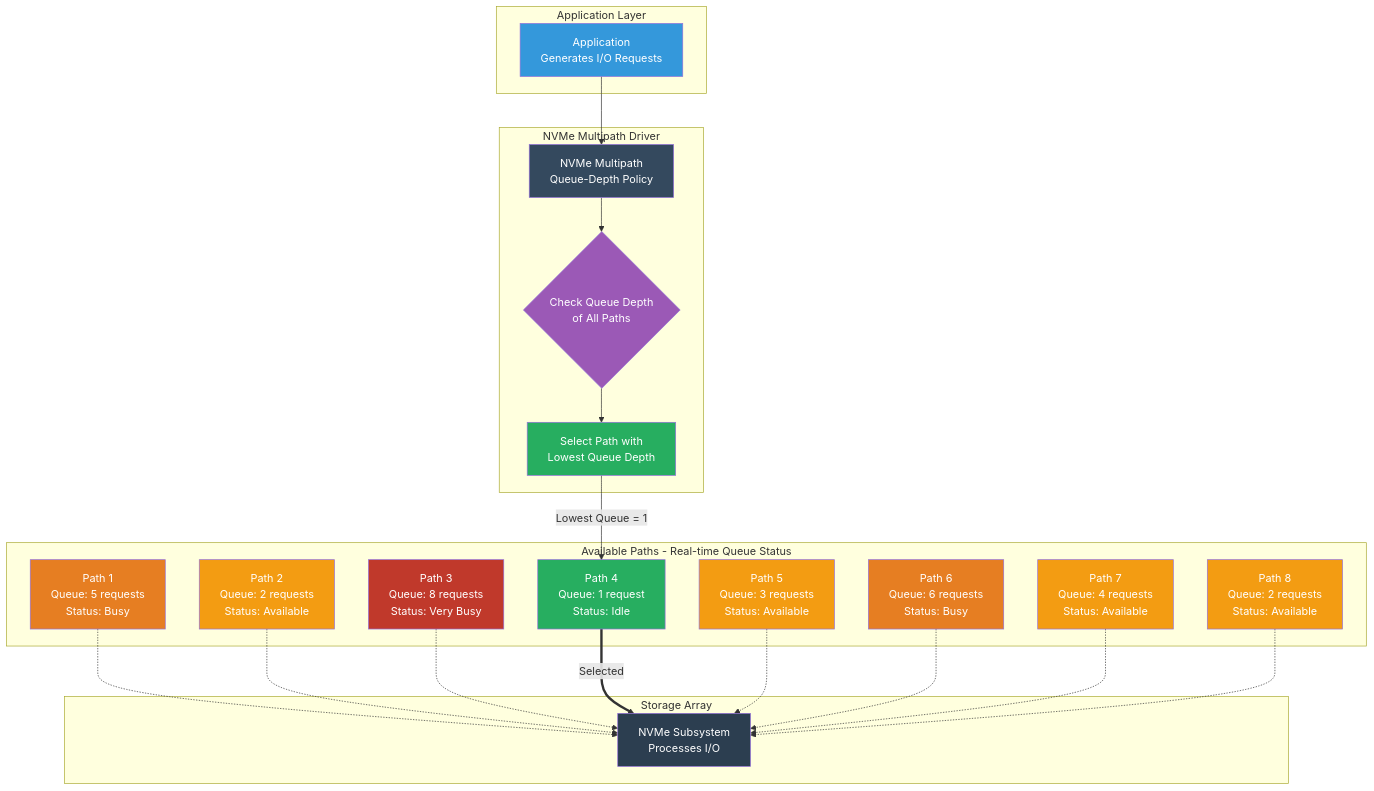
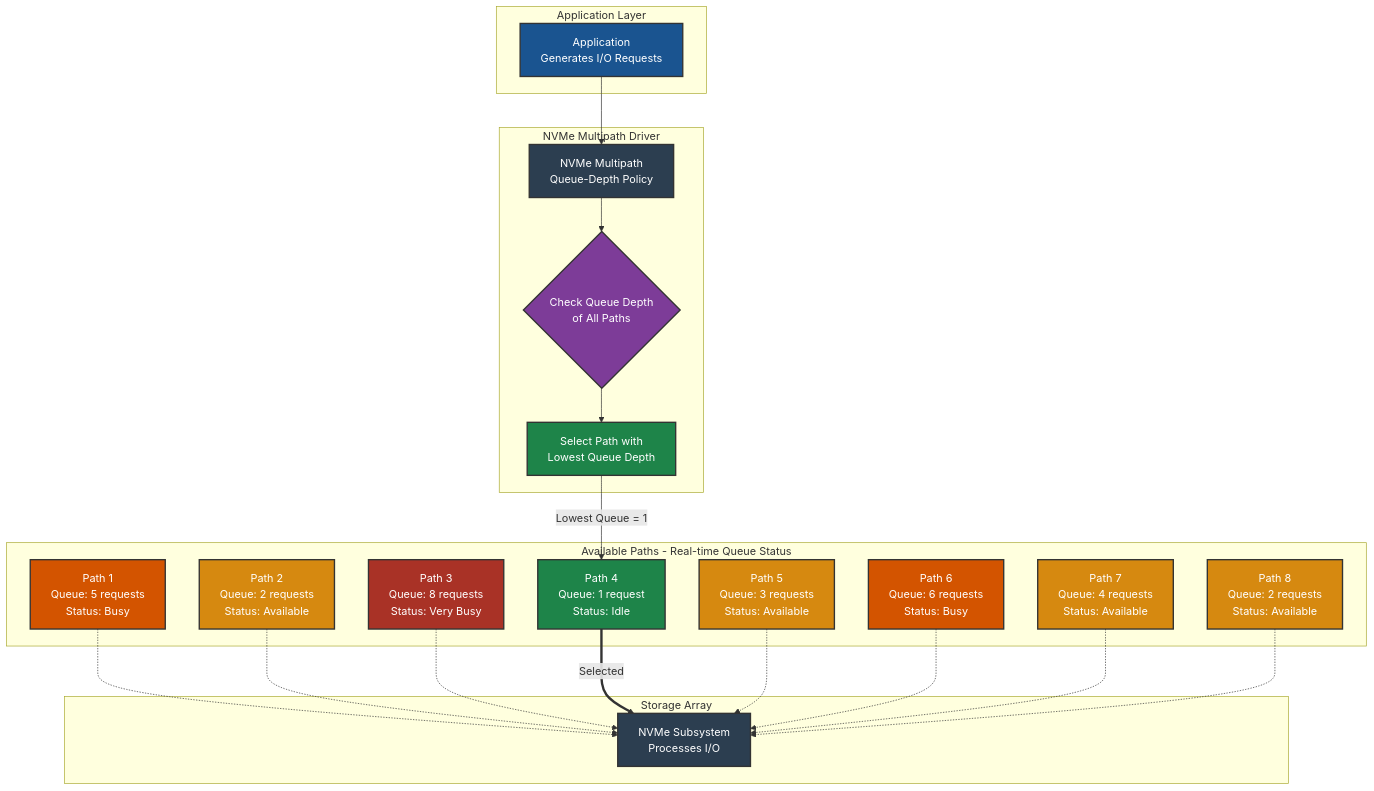
One commit to khensler/Quickstart-Guides changed the fifth of 8 diagrams in Proxmox/nvme-tcp/BEST-PRACTICES.md. Above: the diagram before and after it, drawn with Mermaid. The commit also changed other lines of this file and 106 other files, not shown here.

````diff
--- a/Proxmox/nvme-tcp/BEST-PRACTICES.md
+++ b/Proxmox/nvme-tcp/BEST-PRACTICES.md
@@ -508,55 +529,55 @@
 ```mermaid
 graph TB
     subgraph "Application Layer"
         APP[Application<br/>Generates I/O Requests]
     end
 
     subgraph "NVMe Multipath Driver"
         DRIVER[NVMe Multipath<br/>Queue-Depth Policy]
         CHECK{Check Queue Depth<br/>of All Paths}
         SELECT[Select Path with<br/>Lowest Queue Depth]
     end
 
     subgraph "Available Paths - Real-time Queue Status"
         PATH1[Path 1<br/>Queue: 5 requests<br/>Status: Busy]
         PATH2[Path 2<br/>Queue: 2 requests<br/>Status: Available]
         PATH3[Path 3<br/>Queue: 8 requests<br/>Status: Very Busy]
         PATH4[Path 4<br/>Queue: 1 request<br/>Status: Idle]
         PATH5[Path 5<br/>Queue: 3 requests<br/>Status: Available]
         PATH6[Path 6<br/>Queue: 6 requests<br/>Status: Busy]
         PATH7[Path 7<br/>Queue: 4 requests<br/>Status: Available]
         PATH8[Path 8<br/>Queue: 2 requests<br/>Status: Available]
     end
 
     subgraph "Storage Array"
         STORAGE[NVMe Subsystem<br/>Processes I/O]
     end
 
     APP --> DRIVER
     DRIVER --> CHECK
     CHECK --> SELECT
     SELECT -->|Lowest Queue = 1| PATH4
 
     PATH1 -.-> STORAGE
     PATH2 -.-> STORAGE
     PATH3 -.-> STORAGE
     PATH4 ==>|Selected| STORAGE
     PATH5 -.-> STORAGE
     PATH6 -.-> STORAGE
     PATH7 -.-> STORAGE
     PATH8 -.-> STORAGE
 
-    style APP fill:#3498db,color:#fff
-    style DRIVER fill:#34495e,color:#fff
-    style CHECK fill:#9b59b6,color:#fff
-    style SELECT fill:#27ae60,color:#fff
-    style PATH1 fill:#e67e22,color:#fff
-    style PATH2 fill:#f39c12,color:#fff
-    style PATH3 fill:#c0392b,color:#fff
-    style PATH4 fill:#27ae60,color:#fff
-    style PATH5 fill:#f39c12,color:#fff
-    style PATH6 fill:#e67e22,color:#fff
-    style PATH7 fill:#f39c12,color:#fff
-    style PATH8 fill:#f39c12,color:#fff
-    style STORAGE fill:#2c3e50,color:#fff
+    style APP fill:#1a5490,stroke:#333,stroke-width:2px,color:#fff
+    style DRIVER fill:#2c3e50,stroke:#333,stroke-width:2px,color:#fff
+    style CHECK fill:#7d3c98,stroke:#333,stroke-width:2px,color:#fff
+    style SELECT fill:#1e8449,stroke:#333,stroke-width:2px,color:#fff
+    style PATH1 fill:#d35400,stroke:#333,stroke-width:2px,color:#fff
+    style PATH2 fill:#d68910,stroke:#333,stroke-width:2px,color:#fff
+    style PATH3 fill:#a93226,stroke:#333,stroke-width:2px,color:#fff
+    style PATH4 fill:#1e8449,stroke:#333,stroke-width:2px,color:#fff
+    style PATH5 fill:#d68910,stroke:#333,stroke-width:2px,color:#fff
+    style PATH6 fill:#d35400,stroke:#333,stroke-width:2px,color:#fff
+    style PATH7 fill:#d68910,stroke:#333,stroke-width:2px,color:#fff
+    style PATH8 fill:#d68910,stroke:#333,stroke-width:2px,color:#fff
+    style STORAGE fill:#2c3e50,stroke:#333,stroke-width:2px,color:#fff
 ```
````
